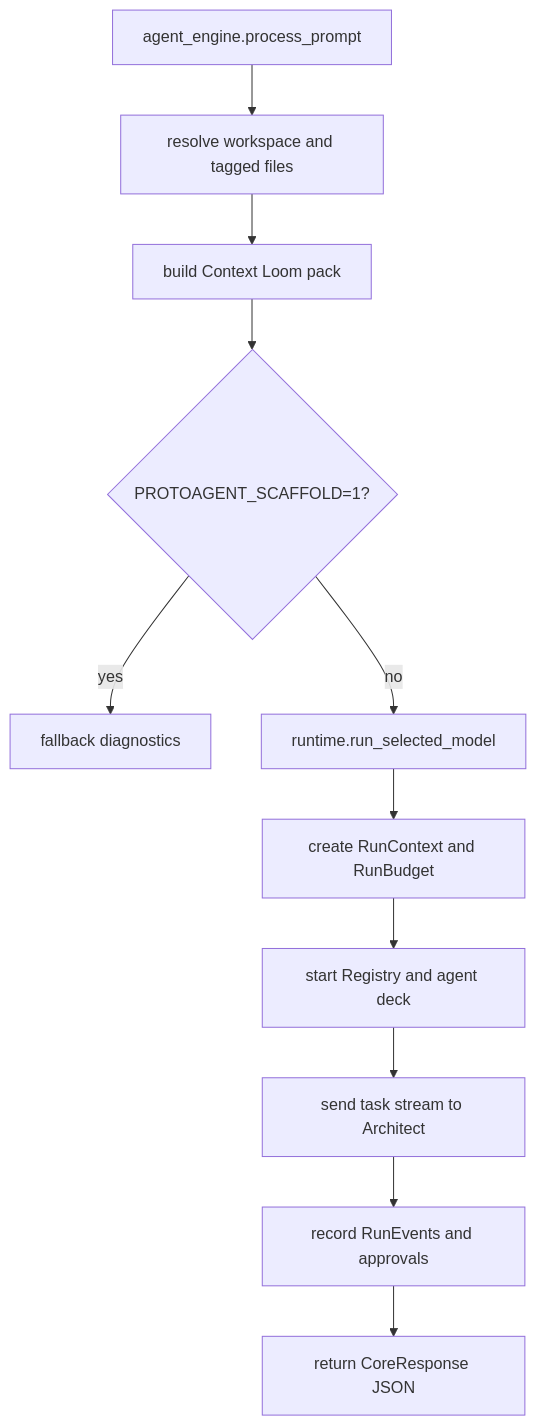
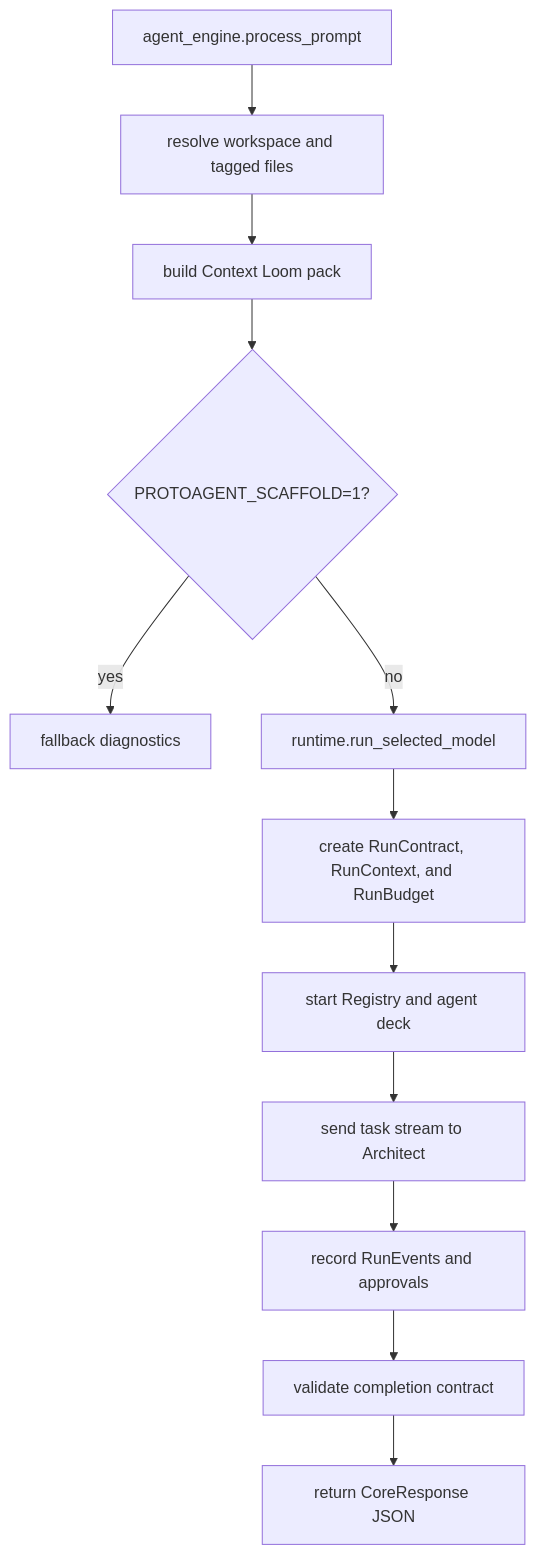
Before and after one commit to nMaroulis/protoagent: the diagram in docs/content/core/overview.md, drawn with Mermaid. The commit also changed other lines of this file and 32 other files, not shown here.

````diff
--- a/docs/content/core/overview.md
+++ b/docs/content/core/overview.md
@@ -78,13 +79,14 @@
 ```mermaid
 flowchart TD
   A["agent_engine.process_prompt"] --> B["resolve workspace and tagged files"]
   B --> C["build Context Loom pack"]
   C --> D{"PROTOAGENT_SCAFFOLD=1?"}
   D -->|yes| E["fallback diagnostics"]
   D -->|no| F["runtime.run_selected_model"]
-  F --> G["create RunContext and RunBudget"]
+  F --> G["create RunContract, RunContext, and RunBudget"]
   G --> H["start Registry and agent deck"]
   H --> I["send task stream to Architect"]
   I --> J["record RunEvents and approvals"]
-  J --> K["return CoreResponse JSON"]
+  J --> K["validate completion contract"]
+  K --> L["return CoreResponse JSON"]
 ```
````
